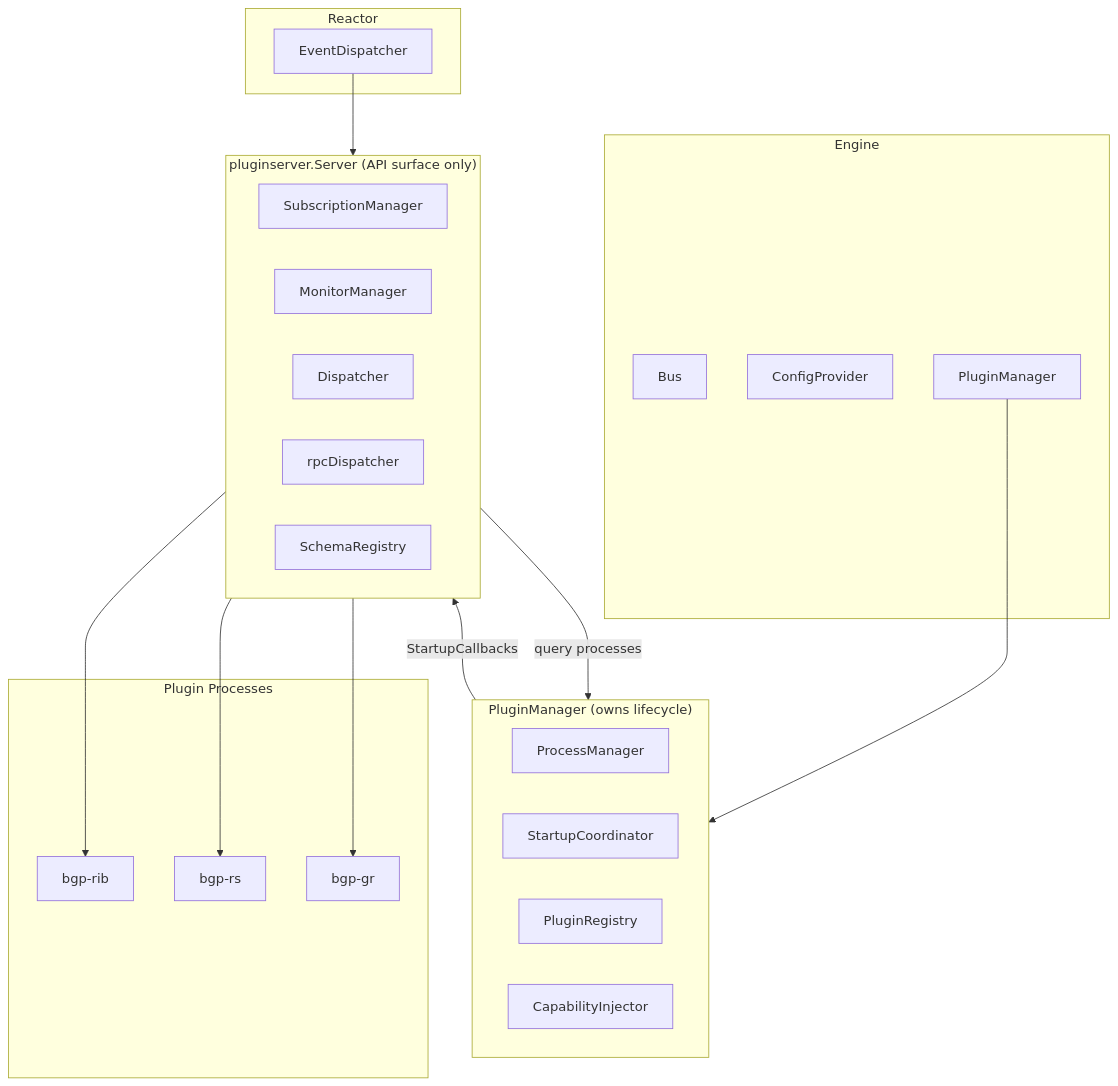
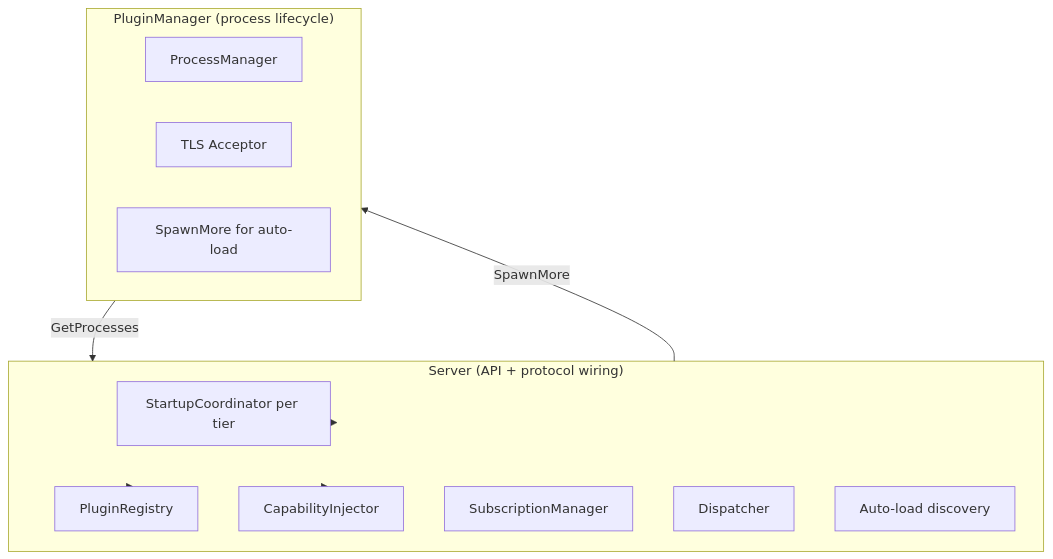
The second of 3 diagrams in docs/architecture/plugin-manager-wiring.md (ze-software/ze), drawn with Mermaid before and after one commit. The commit also changed other lines of this file and 1 other file, not shown here.

Commit message:
spec: rewrite arch-9 with two-phase startup (spawn vs handshake)

````diff
--- a/docs/architecture/plugin-manager-wiring.md
+++ b/docs/architecture/plugin-manager-wiring.md
@@ -63,42 +69,23 @@
 ```mermaid
 flowchart TB
-    subgraph Engine["Engine"]
-        BUS[Bus]
-        CP[ConfigProvider]
-        PMI[PluginManager]
+    subgraph PM["PluginManager (process lifecycle)"]
+        PCM[ProcessManager]
+        TLS[TLS Acceptor]
+        SP[SpawnMore for auto-load]
     end
 
-    subgraph PluginMgr["PluginManager (owns lifecycle)"]
-        PM[ProcessManager]
-        SC[StartupCoordinator]
+    subgraph Server["Server (API + protocol wiring)"]
+        SC[StartupCoordinator per tier]
         PR[PluginRegistry]
         CI[CapabilityInjector]
+        SM[SubscriptionManager]
+        DP[Dispatcher]
+        AL[Auto-load discovery]
     end
 
-    PMI --> PluginMgr
-
-    subgraph Server["pluginserver.Server (API surface only)"]
-        SM[SubscriptionManager]
-        MM[MonitorManager]
-        DP[Dispatcher]
-        RD[rpcDispatcher]
-        SR[SchemaRegistry]
-    end
-
-    subgraph Reactor["Reactor"]
-        ED[EventDispatcher]
-    end
-
-    subgraph Plugins["Plugin Processes"]
-        P1[bgp-rib]
-        P2[bgp-rs]
-        P3[bgp-gr]
-    end
-
-    PluginMgr -->|StartupCallbacks| Server
-    Server -->|query processes| PluginMgr
-    ED --> Server
-    Server --> P1
-    Server --> P2
-    Server --> P3
+    PM -->|GetProcesses| Server
+    Server -->|SpawnMore| PM
+    Server --> SC
+    Server --> PR
+    Server --> CI
 ```
````
